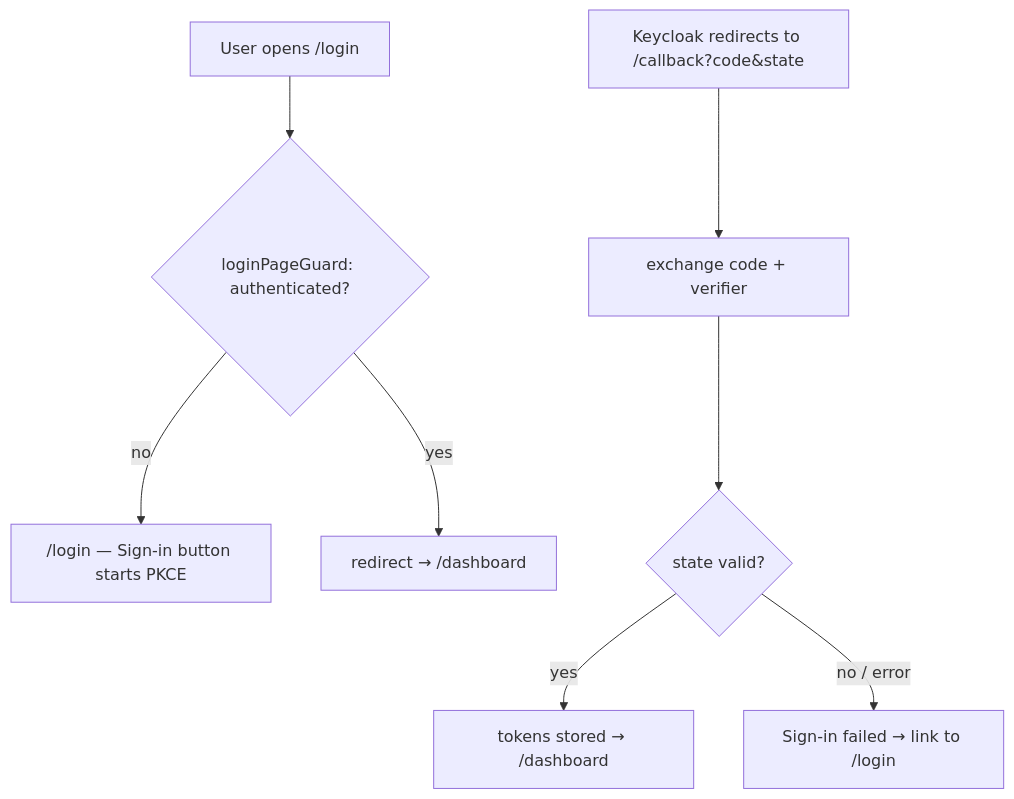
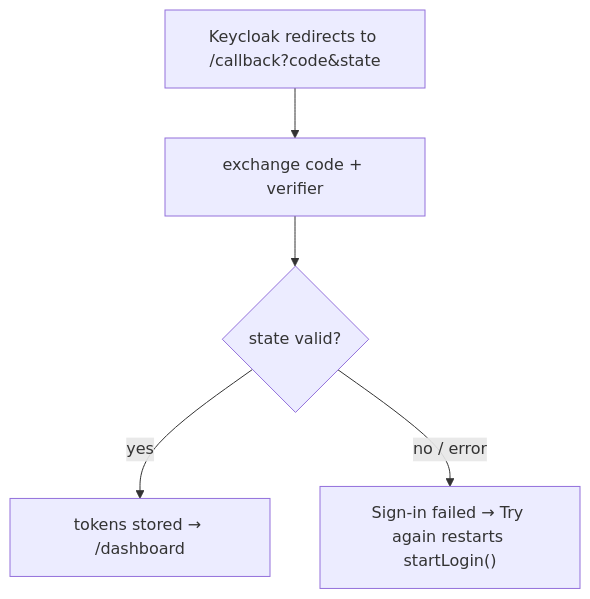
One commit to MatheusWith/Rumoo changed the fifth of 6 diagrams in docs/auth/authentication-authorization.md. Above: the diagram before and after it, drawn with Mermaid. The commit also changed other lines of this file and 17 other files, not shown here.

````diff
--- a/docs/auth/authentication-authorization.md
+++ b/docs/auth/authentication-authorization.md
@@ -253,10 +256,7 @@
 ```mermaid
 flowchart TD
-    L["User opens /login"] --> LG{loginPageGuard: authenticated?}
-    LG -->|"no"| LH["/login — Sign-in button starts PKCE"]
-    LG -->|"yes"| LD["redirect → /dashboard"]
     C["Keycloak redirects to /callback?code&state"] --> CL["exchange code + verifier"]
     CL --> CS{"state valid?"}
     CS -->|"yes"| CD["tokens stored → /dashboard"]
-    CS -->|"no / error"| CE["Sign-in failed → link to /login"]
+    CS -->|"no / error"| CE["Sign-in failed → Try again restarts startLogin()"]
 ```
````
